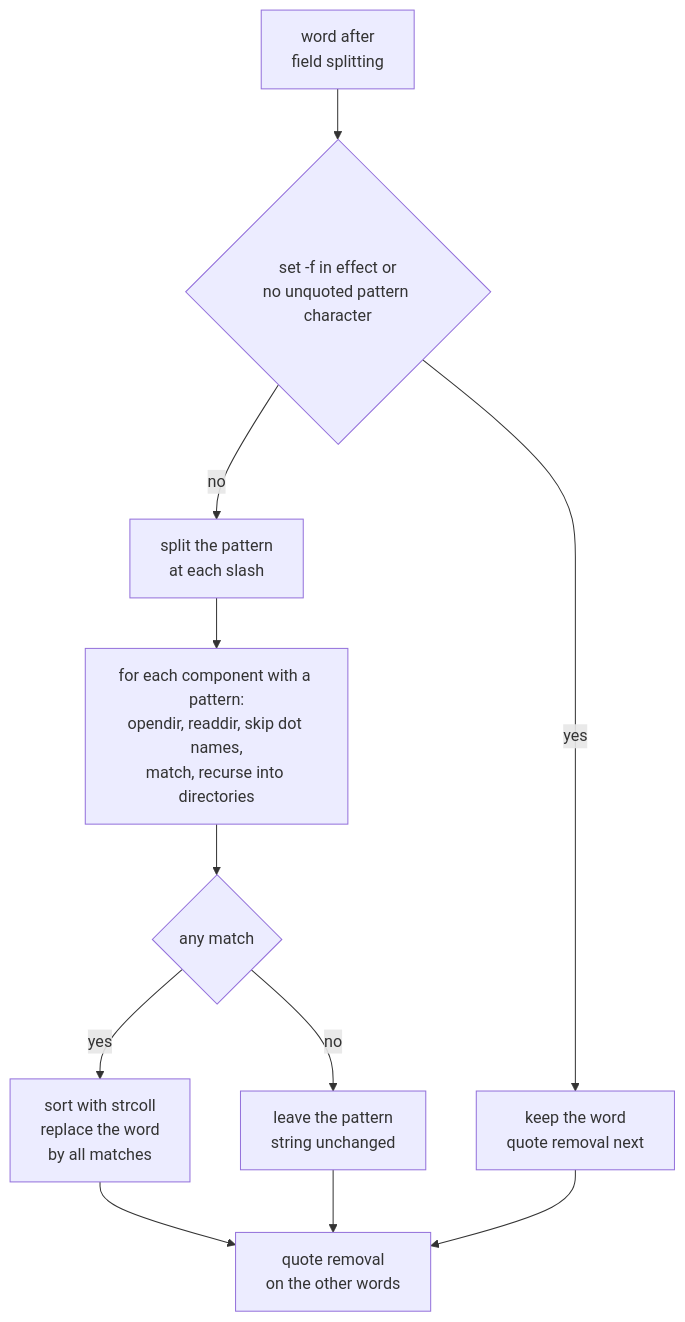
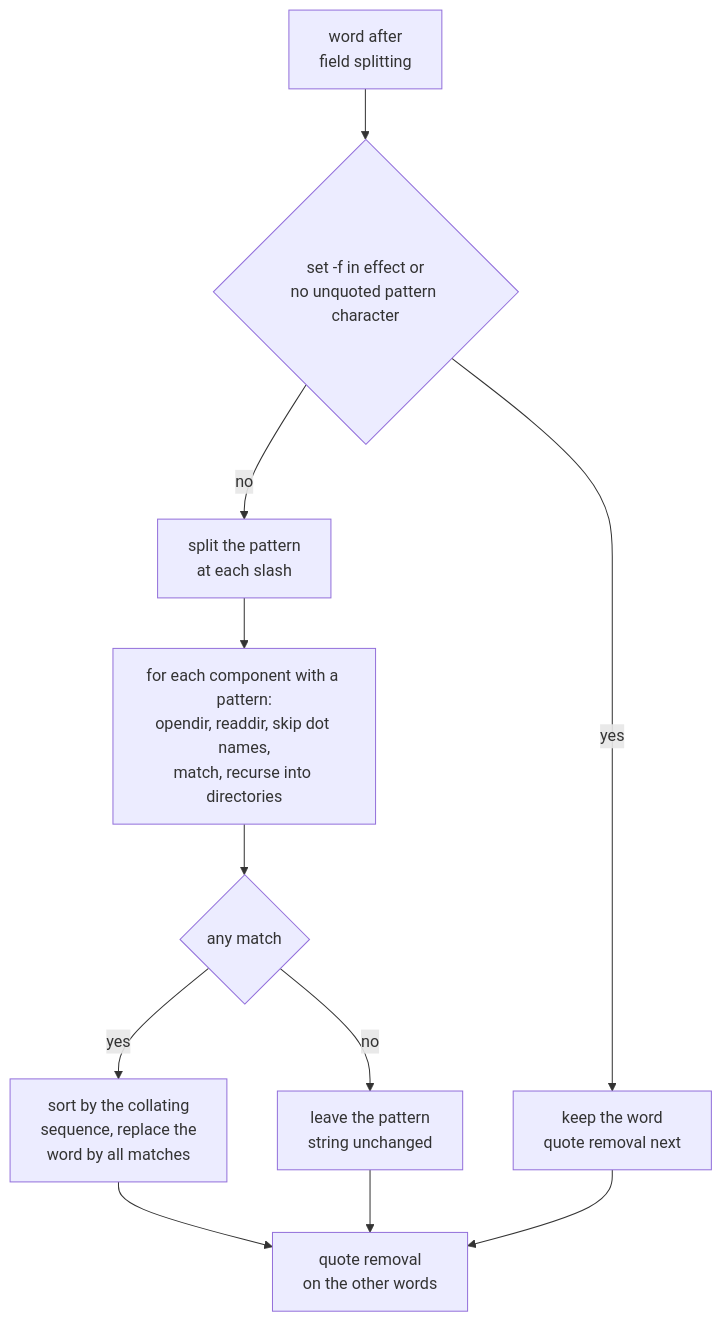
One commit to shreejitverma/SDE-Interview-Prep changed the diagram in 19-Shell-and-Unix-Engineering/03-POSIX-Shell-Language/Pathname-Expansion.md. Above: the diagram before and after it, drawn with Mermaid. The commit also changed other lines of this file and 8 other files, not shown here.

````diff
--- a/19-Shell-and-Unix-Engineering/03-POSIX-Shell-Language/Pathname-Expansion.md
+++ b/19-Shell-and-Unix-Engineering/03-POSIX-Shell-Language/Pathname-Expansion.md
@@ -33,13 +42,13 @@
 ```mermaid
 flowchart TD
   W["word after<br/>field splitting"] --> F{"set -f in effect or<br/>no unquoted pattern character"}
   F -- yes --> K["keep the word<br/>quote removal next"]
   F -- no --> S["split the pattern<br/>at each slash"]
   S --> D["for each component with a pattern:<br/>opendir, readdir, skip dot names,<br/>match, recurse into directories"]
   D --> M{"any match"}
-  M -- yes --> O["sort with strcoll<br/>replace the word<br/>by all matches"]
+  M -- yes --> O["sort by the collating<br/>sequence, replace the<br/>word by all matches"]
   M -- no --> U["leave the pattern<br/>string unchanged"]
   O --> Q["quote removal<br/>on the other words"]
   U --> Q
   K --> Q
 ```
````
